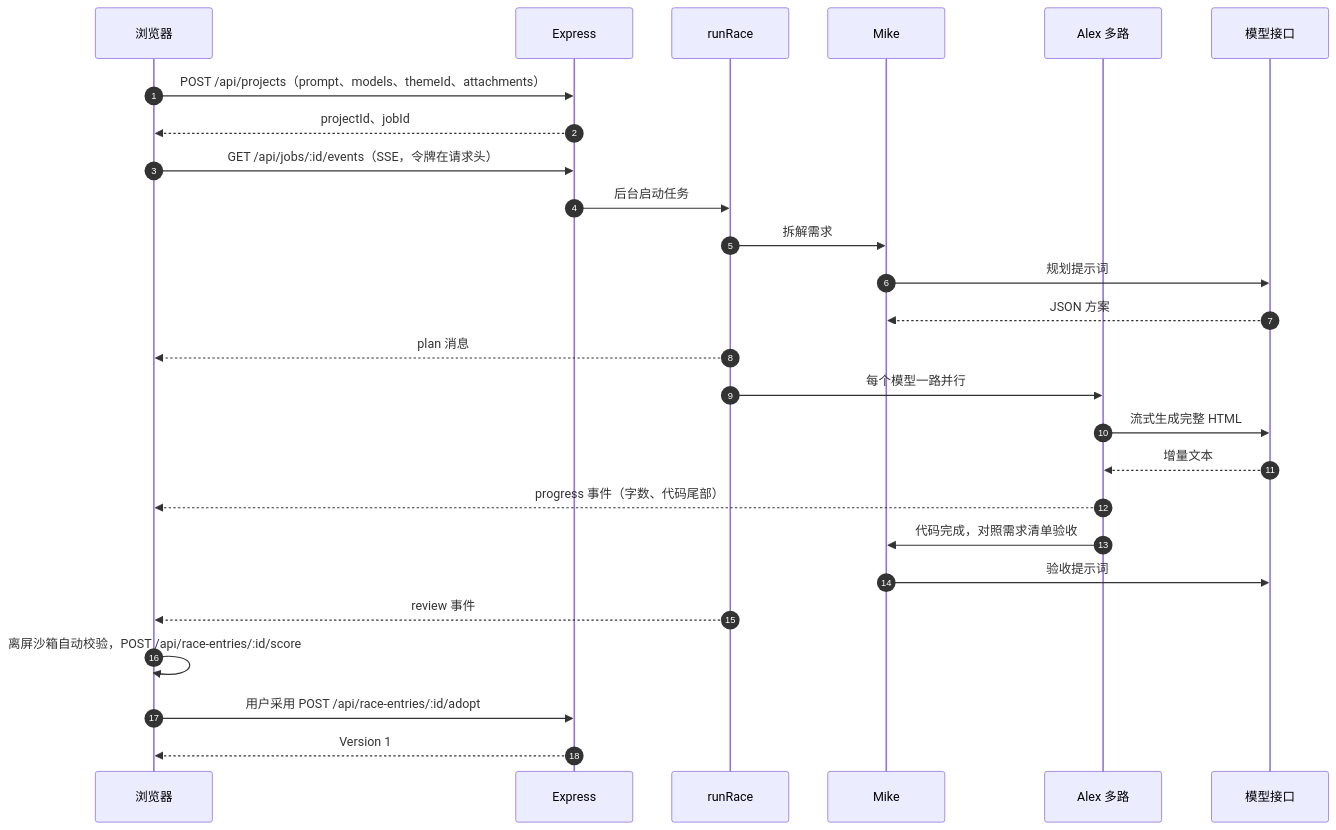
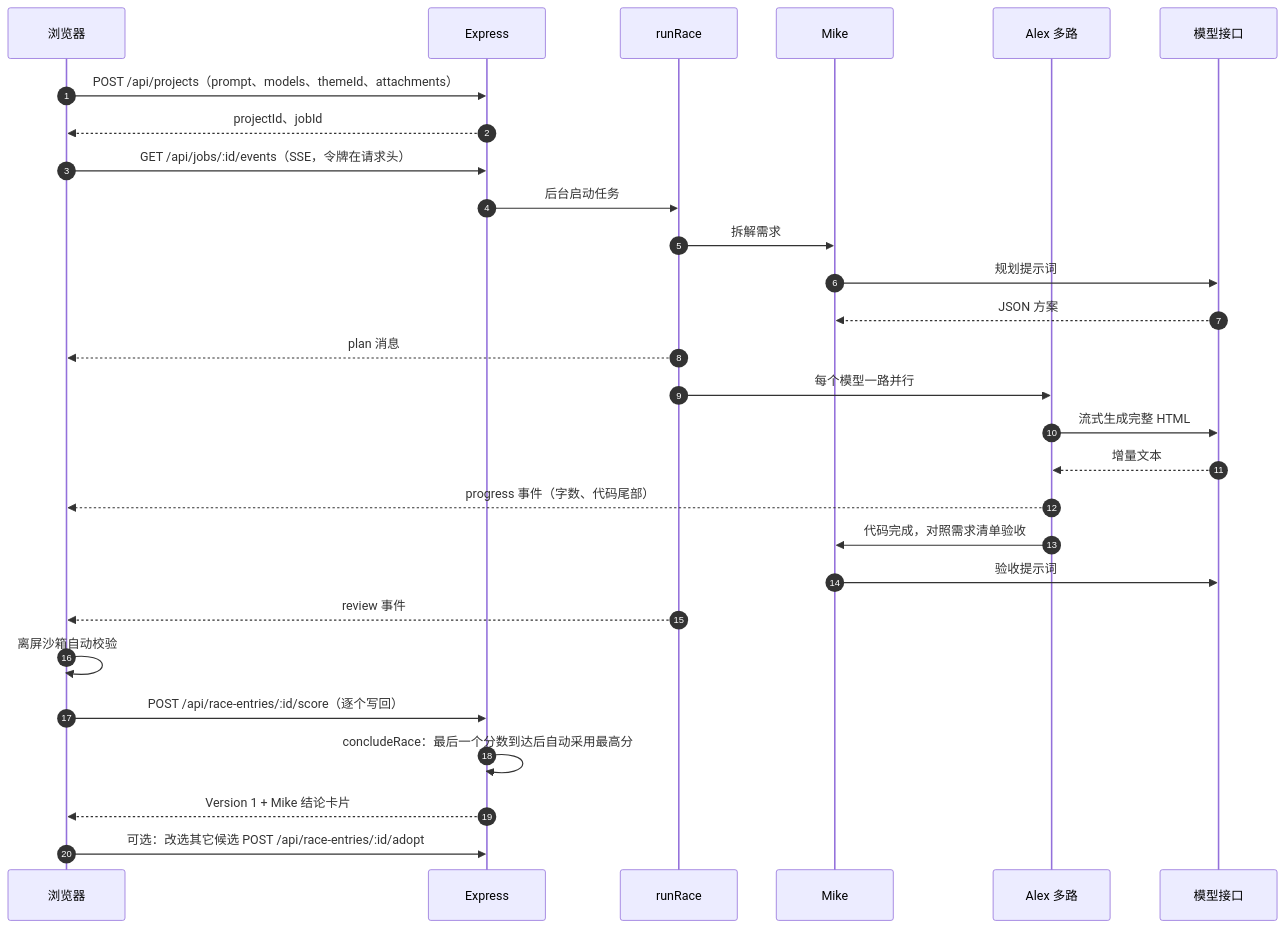
Before and after one commit to dong161/atoms-demo: the first of 2 diagrams in docs/说明文档.md, drawn with Mermaid. The commit also changed other lines of this file and 3 other files, not shown here.

Commit message:
docs: 说明文档整体校对——同步自动采用与结论、时间线、代码视图、质量先验、模块规模等现状；补齐环境变量

````diff
--- a/docs/说明文档.md
+++ b/docs/说明文档.md
@@ -53,28 +53,30 @@
 ```mermaid
 sequenceDiagram
   autonumber
   participant B as 浏览器
   participant S as Express
   participant R as runRace
   participant M as Mike
   participant A as Alex 多路
   participant L as 模型接口
   B->>S: POST /api/projects（prompt、models、themeId、attachments）
   S-->>B: projectId、jobId
   B->>S: GET /api/jobs/:id/events（SSE，令牌在请求头）
   S->>R: 后台启动任务
   R->>M: 拆解需求
   M->>L: 规划提示词
   L-->>M: JSON 方案
   R-->>B: plan 消息
   R->>A: 每个模型一路并行
   A->>L: 流式生成完整 HTML
   L-->>A: 增量文本
   A-->>B: progress 事件（字数、代码尾部）
   A->>M: 代码完成，对照需求清单验收
   M->>L: 验收提示词
   R-->>B: review 事件
-  B->>B: 离屏沙箱自动校验，POST /api/race-entries/:id/score
-  B->>S: 用户采用 POST /api/race-entries/:id/adopt
-  S-->>B: Version 1
+  B->>B: 离屏沙箱自动校验
+  B->>S: POST /api/race-entries/:id/score（逐个写回）
+  S->>S: concludeRace：最后一个分数到达后自动采用最高分
+  S-->>B: Version 1 + Mike 结论卡片
+  B->>S: 可选：改选其它候选 POST /api/race-entries/:id/adopt
 ```
````
